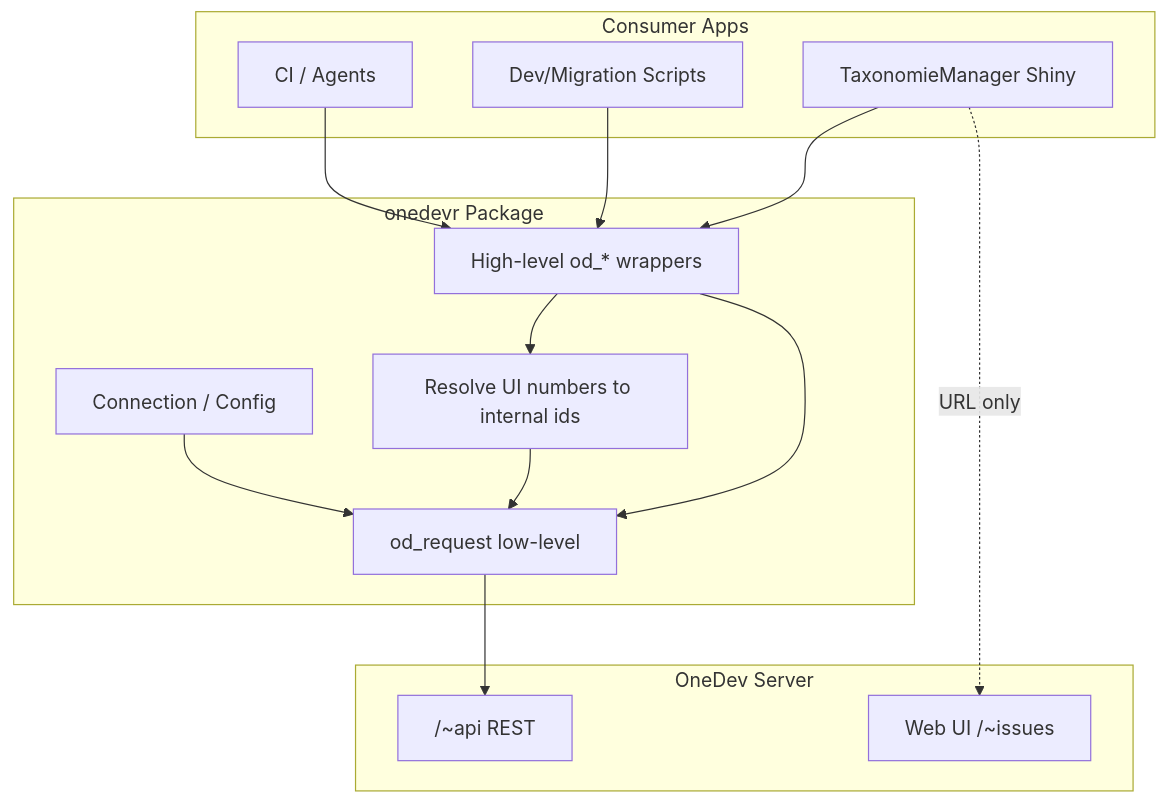
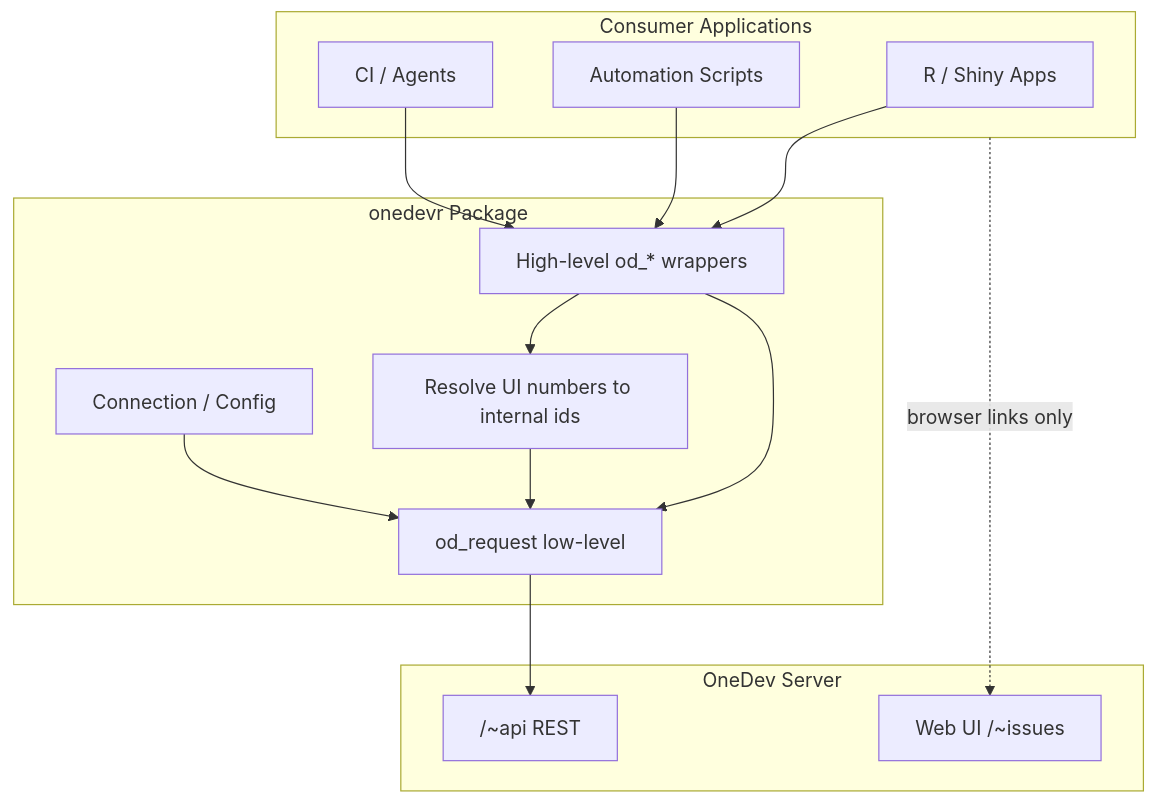
One commit to alexseymer/onedevR changed the diagram in project_plan.md. Above: the diagram before and after it, drawn with Mermaid. The commit also changed other lines of this file, not shown here.

````diff
--- a/project_plan.md
+++ b/project_plan.md
@@ -227,30 +240,30 @@
 ```mermaid
 flowchart TB
-  subgraph apps [Consumer Apps]
-    TM[TaxonomieManager Shiny]
-    Scripts[Dev/Migration Scripts]
+  subgraph consumers [Consumer Applications]
+    Apps[R / Shiny Apps]
+    Scripts[Automation Scripts]
     CI[CI / Agents]
   end
 
   subgraph onedevr_pkg [onedevr Package]
   HL[High-level od_* wrappers]
   LL[od_request low-level]
   RES[Resolve UI numbers to internal ids]
   CFG[Connection / Config]
   end
 
   subgraph onedev_srv [OneDev Server]
   API["/~api REST"]
   WEB["Web UI /~issues"]
   end
 
-  TM --> HL
+  Apps --> HL
   Scripts --> HL
   CI --> HL
   HL --> RES
   HL --> LL
   RES --> LL
   CFG --> LL
   LL --> API
-  TM -.->|URL only| WEB
+  consumers -.->|browser links only| WEB
 ```
````
